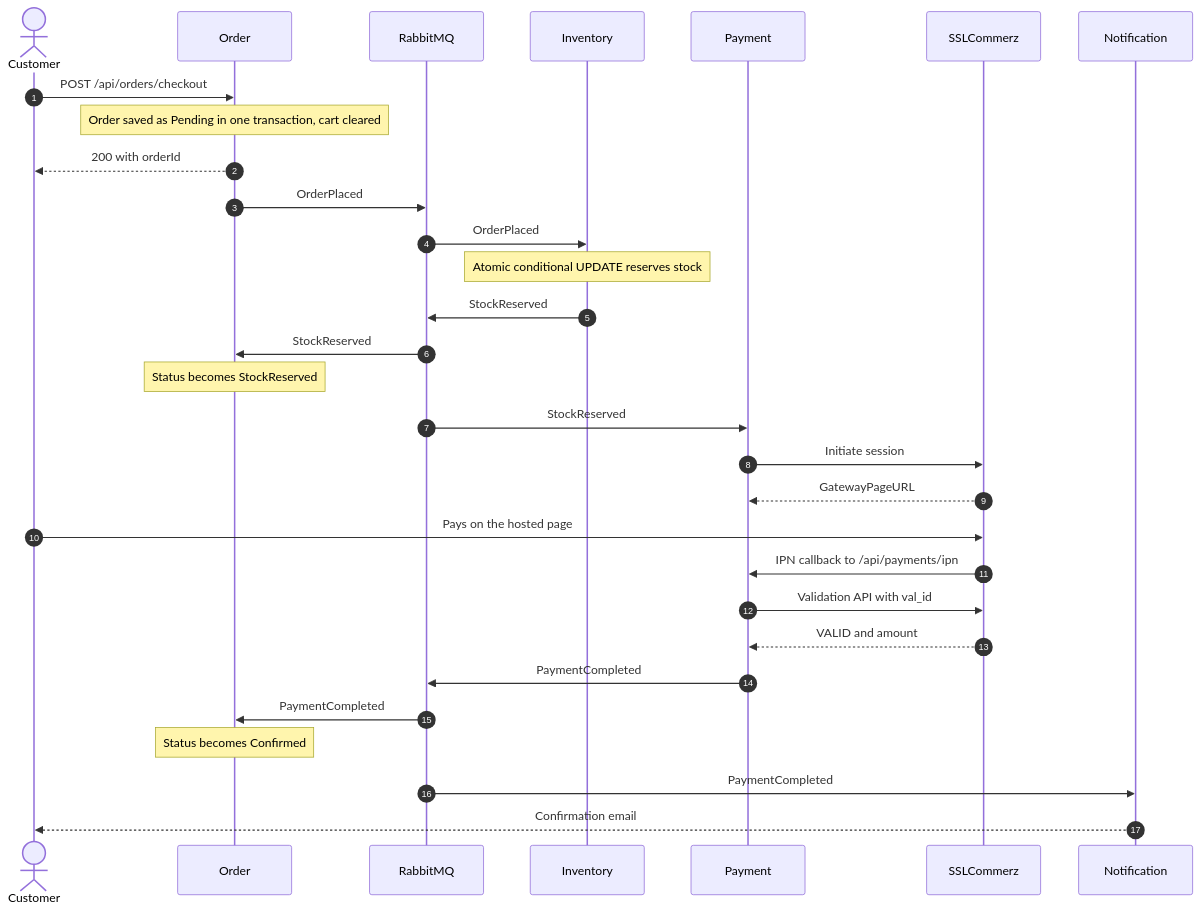
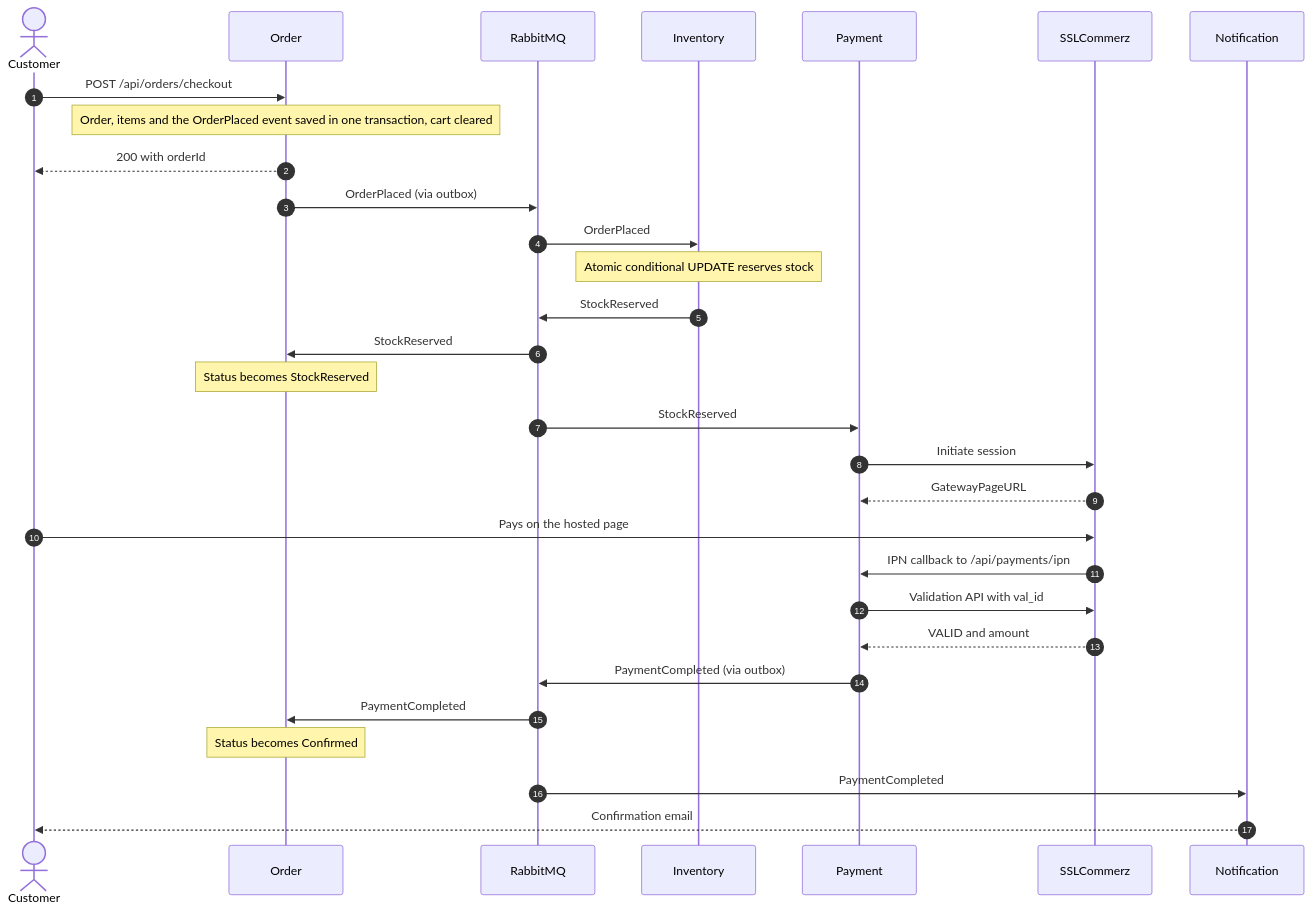
The fourth of 8 diagrams in README.md (tusar-molla/ecommerce-microservices), drawn with Mermaid before and after one commit. The commit also changed other lines of this file, not shown here.

````diff
--- a/README.md
+++ b/README.md
@@ -169,33 +173,33 @@
 ```mermaid
 sequenceDiagram
     autonumber
     actor C as Customer
     participant O as Order
     participant MQ as RabbitMQ
     participant I as Inventory
     participant P as Payment
     participant G as SSLCommerz
     participant N as Notification
 
     C->>O: POST /api/orders/checkout
-    Note over O: Order saved as Pending in one transaction, cart cleared
+    Note over O: Order, items and the OrderPlaced event saved in one transaction, cart cleared
     O-->>C: 200 with orderId
-    O->>MQ: OrderPlaced
+    O->>MQ: OrderPlaced (via outbox)
     MQ->>I: OrderPlaced
     Note over I: Atomic conditional UPDATE reserves stock
     I->>MQ: StockReserved
     MQ->>O: StockReserved
     Note over O: Status becomes StockReserved
     MQ->>P: StockReserved
     P->>G: Initiate session
     G-->>P: GatewayPageURL
     C->>G: Pays on the hosted page
     G->>P: IPN callback to /api/payments/ipn
     P->>G: Validation API with val_id
     G-->>P: VALID and amount
-    P->>MQ: PaymentCompleted
+    P->>MQ: PaymentCompleted (via outbox)
     MQ->>O: PaymentCompleted
     Note over O: Status becomes Confirmed
     MQ->>N: PaymentCompleted
     N-->>C: Confirmation email
 ```
````
